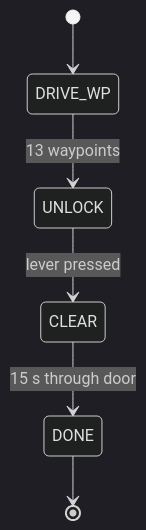
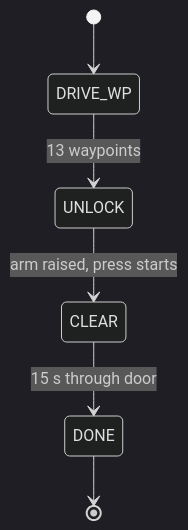
Before and after one commit to kylevirtuous1211/Robot-navigation-projects: the fourth of 4 diagrams in Final_Project/README.md, drawn with Mermaid (dark theme). The commit also changed other lines of this file, not shown here.

````diff
--- a/Final_Project/README.md
+++ b/Final_Project/README.md
@@ -84,8 +86,8 @@
 ```mermaid
 stateDiagram-v2
   [*] --> DRIVE_WP
   DRIVE_WP --> UNLOCK: 13 waypoints
-  UNLOCK --> CLEAR: lever pressed
+  UNLOCK --> CLEAR: arm raised, press starts
   CLEAR --> DONE: 15 s through door
   DONE --> [*]
 ```
````
